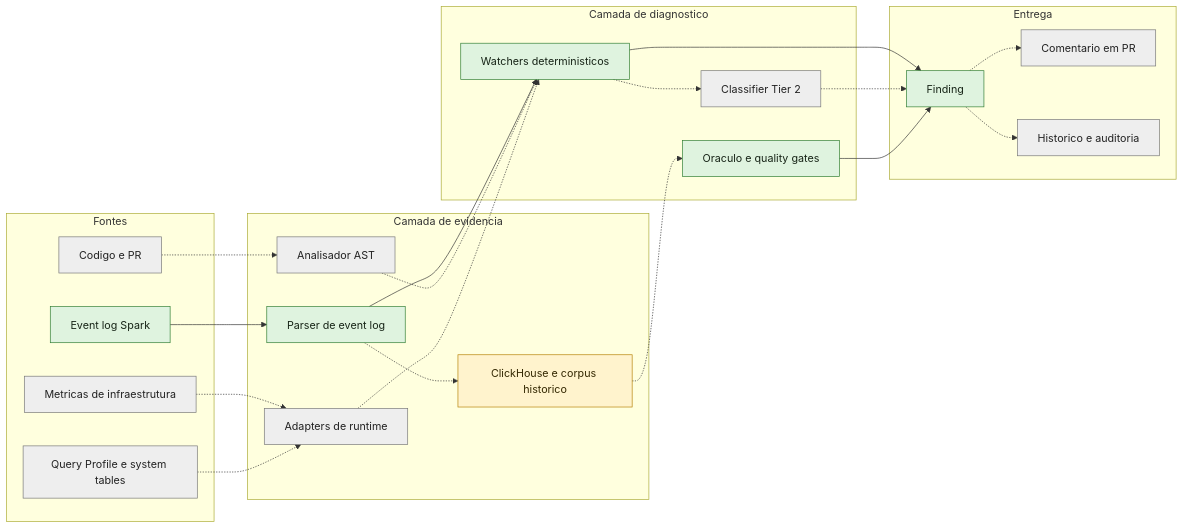
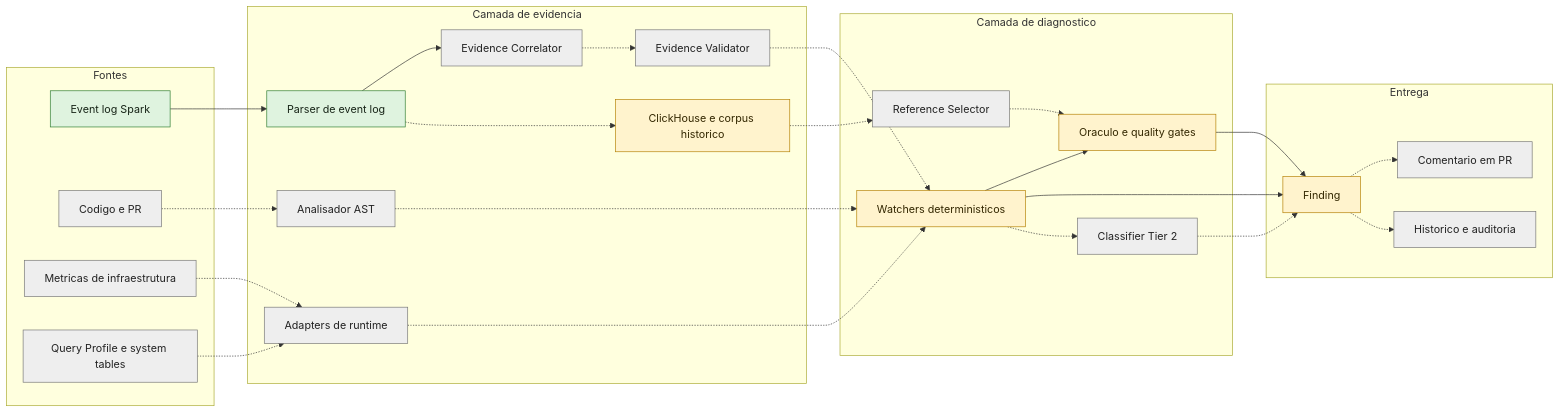
Before and after one commit to luanmorenommaciel/apex: the second of 8 diagrams in docs/architecture/apex-solution-drilldown.md, drawn with Mermaid. The commit also changed other lines of this file and 15 other files, not shown here.

````diff
--- a/docs/architecture/apex-solution-drilldown.md
+++ b/docs/architecture/apex-solution-drilldown.md
@@ -64,51 +64,59 @@
 ```mermaid
 flowchart LR
     subgraph Inputs["Fontes"]
         EL["Event log Spark"]
         CODE["Codigo e PR"]
         INFRA["Metricas de infraestrutura"]
         PROFILE["Query Profile e system tables"]
     end
 
     subgraph Evidence["Camada de evidencia"]
         PARSER["Parser de event log"]
+        CORR["Evidence Correlator"]
+        VALIDATOR["Evidence Validator"]
         AST["Analisador AST"]
         ADAPTER["Adapters de runtime"]
         STORE["ClickHouse e corpus historico"]
     end
 
     subgraph Diagnosis["Camada de diagnostico"]
         WATCHER["Watchers deterministicos"]
+        REF["Reference Selector"]
         ORACLE["Oraculo e quality gates"]
         TIER2["Classifier Tier 2"]
     end
 
     subgraph Delivery["Entrega"]
         FINDING["Finding"]
         CI["Comentario em PR"]
         HISTORY["Historico e auditoria"]
     end
 
     EL --> PARSER
     CODE -.-> AST
     INFRA -.-> ADAPTER
     PROFILE -.-> ADAPTER
-    PARSER --> WATCHER
+    PARSER --> CORR
+    CORR -.-> VALIDATOR
+    VALIDATOR -.-> WATCHER
     PARSER -.-> STORE
     AST -.-> WATCHER
     ADAPTER -.-> WATCHER
-    STORE -.-> ORACLE
+    STORE -.-> REF
+    REF -.-> ORACLE
+    WATCHER --> ORACLE
     WATCHER --> FINDING
     WATCHER -.-> TIER2
     TIER2 -.-> FINDING
     FINDING -.-> CI
     FINDING -.-> HISTORY
     ORACLE --> FINDING
 
     classDef validated fill:#dff3df,stroke:#2f7d32,color:#172417
     classDef observed fill:#fff3cd,stroke:#b58105,color:#332701
     classDef proposed fill:#eeeeee,stroke:#777777,color:#222222
-    class EL,PARSER,WATCHER,ORACLE,FINDING validated
+    class EL,PARSER validated
+    class WATCHER,ORACLE,FINDING observed
     class STORE observed
-    class CODE,INFRA,PROFILE,AST,ADAPTER,TIER2,CI,HISTORY proposed
+    class CORR,VALIDATOR,REF,CODE,INFRA,PROFILE,AST,ADAPTER,TIER2,CI,HISTORY proposed
 ```
````
